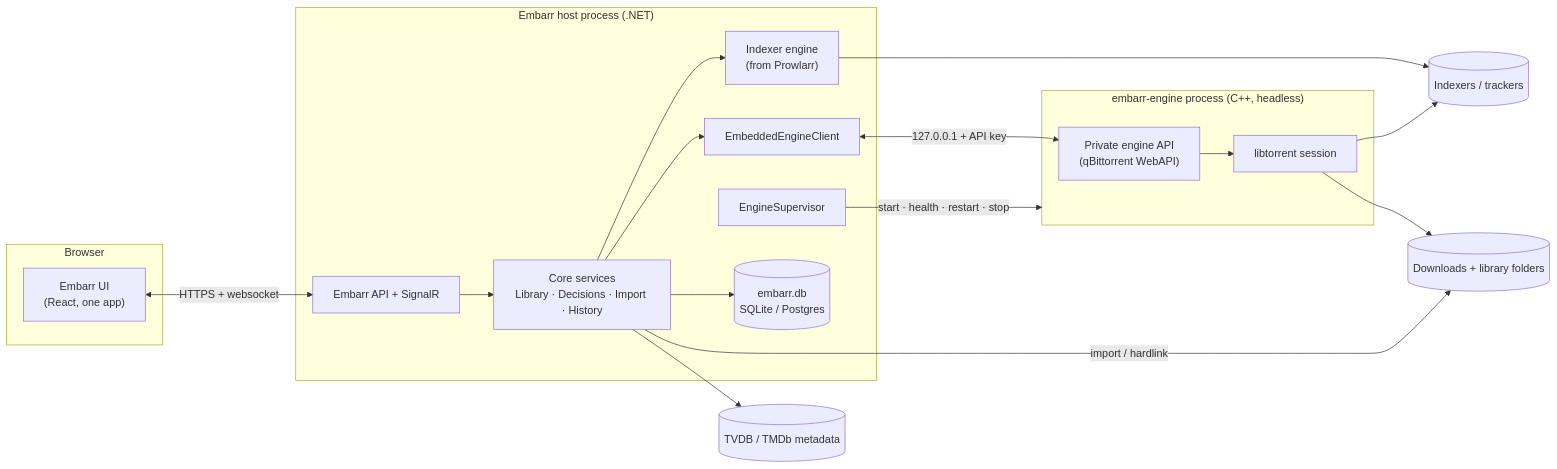
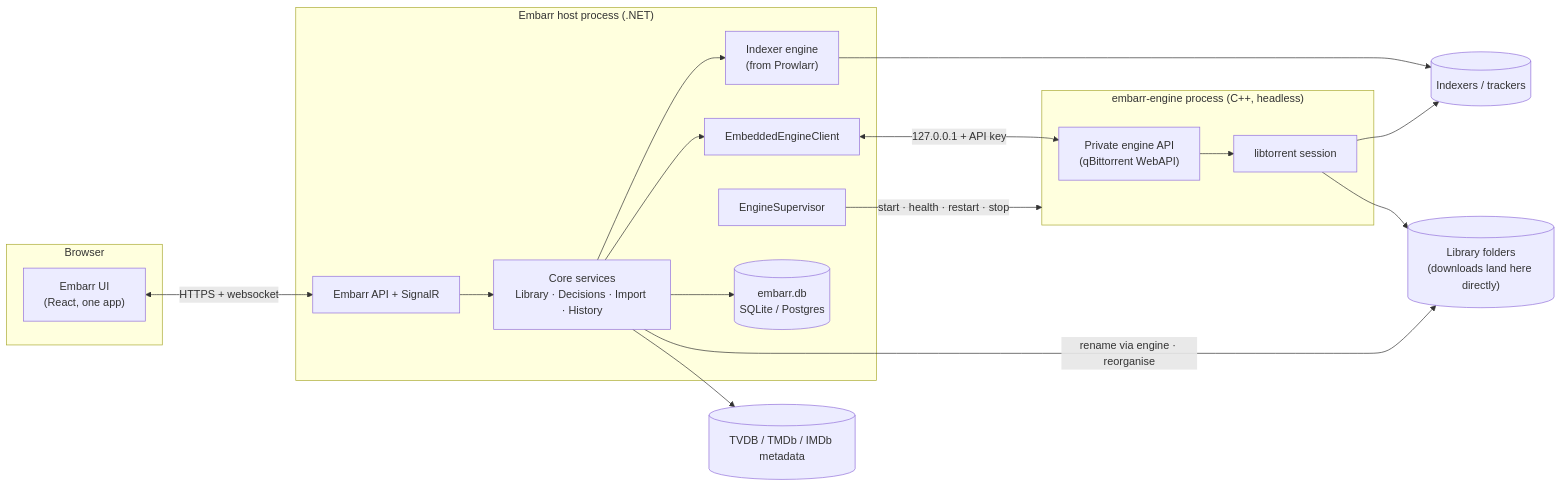
One commit to flintstrike-nz/Cinnabarr changed the diagram in docs/embarr/ROADMAP.md. Above: the diagram before and after it, drawn with Mermaid. The commit also changed other lines of this file, not shown here.

First line of the commit message:
Roadmap: single source of truth, direct-to-final downloads, versions, per-file seeding

````diff
--- a/docs/embarr/ROADMAP.md
+++ b/docs/embarr/ROADMAP.md
@@ -68,38 +73,38 @@
 ```mermaid
 flowchart LR
     subgraph Browser
         UI["Embarr UI<br/>(React, one app)"]
     end
 
     subgraph Embarr["Embarr host process (.NET)"]
         API["Embarr API + SignalR"]
         Core["Core services<br/>Library · Decisions · Import · History"]
         Idx["Indexer engine<br/>(from Prowlarr)"]
         Sup["EngineSupervisor"]
         Client["EmbeddedEngineClient"]
         DB[("embarr.db<br/>SQLite / Postgres")]
     end
 
     subgraph Engine["embarr-engine process (C++, headless)"]
         EAPI["Private engine API<br/>(qBittorrent WebAPI)"]
         LT["libtorrent session"]
     end
 
     Trackers[("Indexers / trackers")]
-    Meta[("TVDB / TMDb metadata")]
-    Disk[("Downloads + library folders")]
+    Meta[("TVDB / TMDb / IMDb metadata")]
+    Disk[("Library folders<br/>(downloads land here directly)")]
 
     UI <-->|HTTPS + websocket| API
     API --> Core
     Core --> Idx
     Core --> Client
     Core --> DB
     Idx --> Trackers
     Core --> Meta
     Sup -->|start · health · restart · stop| Engine
     Client <-->|127.0.0.1 + API key| EAPI
     EAPI --> LT
     LT --> Trackers
     LT --> Disk
-    Core -->|import / hardlink| Disk
+    Core -->|rename via engine · reorganise| Disk
 ```
````
